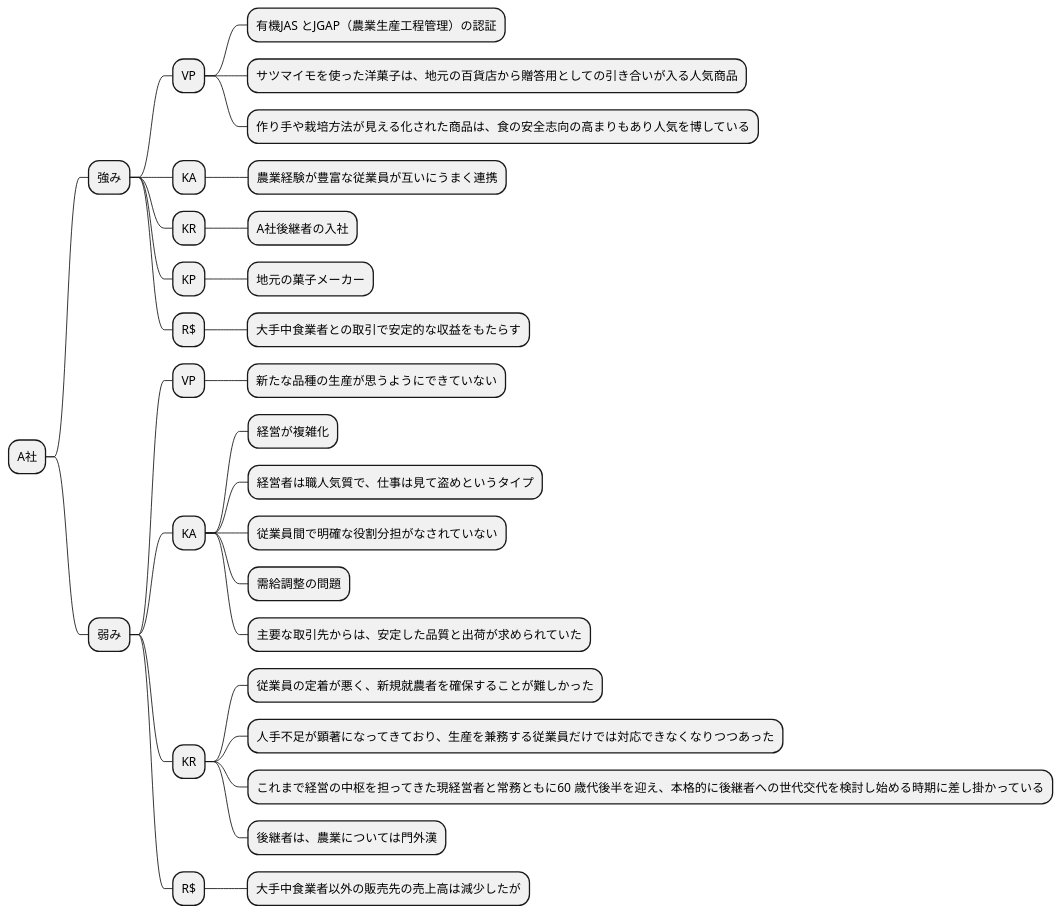
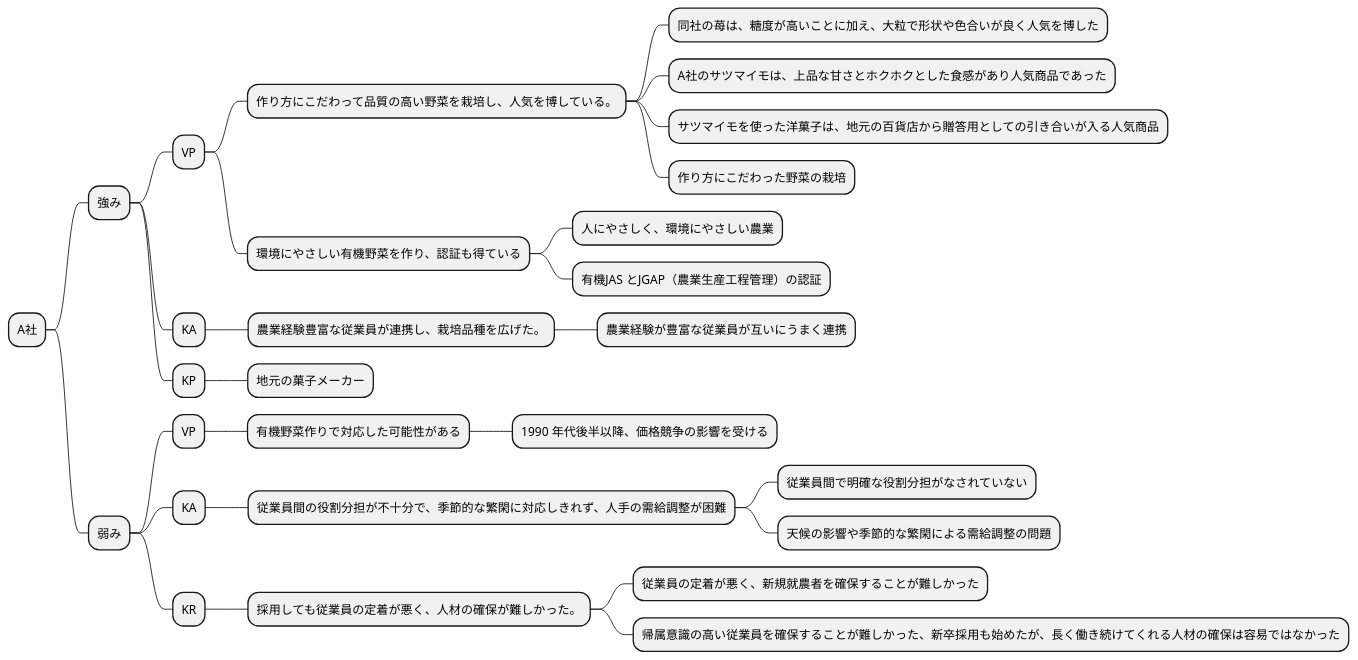
The third of 11 diagrams in docs/R04/study/study_1_take02.md (k2works/requirements_definition_excercise), drawn with PlantUML before and after one commit. The commit also changed other lines of this file, not shown here.

````diff
--- a/docs/R04/study/study_1_take02.md
+++ b/docs/R04/study/study_1_take02.md
@@ -129,37 +133,35 @@
 ```plantuml
 @startmindmap
 
 * A社
 ** 強み
 *** VP
-**** 有機JAS とJGAP（農業生産工程管理）の認証
-**** サツマイモを使った洋菓子は、地元の百貨店から贈答用としての引き合いが入る人気商品
-**** 作り手や栽培方法が見える化された商品は、食の安全志向の高まりもあり人気を博している
+**** 作り方にこだわって品質の高い野菜を栽培し、人気を博している。
+***** 同社の苺は、糖度が高いことに加え、大粒で形状や色合いが良く人気を博した
+***** A社のサツマイモは、上品な甘さとホクホクとした食感があり人気商品であった
+***** サツマイモを使った洋菓子は、地元の百貨店から贈答用としての引き合いが入る人気商品
+***** 作り方にこだわった野菜の栽培
+**** 環境にやさしい有機野菜を作り、認証も得ている
+***** 人にやさしく、環境にやさしい農業
+***** 有機JAS とJGAP（農業生産工程管理）の認証
 *** KA
-**** 農業経験が豊富な従業員が互いにうまく連携
-*** KR
-**** A社後継者の入社
+**** 農業経験豊富な従業員が連携し、栽培品種を広げた。
+***** 農業経験が豊富な従業員が互いにうまく連携
 *** KP
 **** 地元の菓子メーカー
-*** R$
-**** 大手中食業者との取引で安定的な収益をもたらす
 ** 弱み
 *** VP
-**** 新たな品種の生産が思うようにできていない
+**** 有機野菜作りで対応した可能性がある
+***** 1990 年代後半以降、価格競争の影響を受ける
 *** KA
-**** 経営が複雑化
-**** 経営者は職人気質で、仕事は見て盗めというタイプ
-**** 従業員間で明確な役割分担がなされていない
-**** 需給調整の問題
-**** 主要な取引先からは、安定した品質と出荷が求められていた
+**** 従業員間の役割分担が不十分で、季節的な繁閑に対応しきれず、人手の需給調整が困難
+***** 従業員間で明確な役割分担がなされていない
+***** 天候の影響や季節的な繁閑による需給調整の問題
 *** KR
-**** 従業員の定着が悪く、新規就農者を確保することが難しかった
-**** 人手不足が顕著になってきており、生産を兼務する従業員だけでは対応できなくなりつつあった
-**** これまで経営の中枢を担ってきた現経営者と常務ともに60 歳代後半を迎え、本格的に後継者への世代交代を検討し始める時期に差し掛かっている
-**** 後継者は、農業については門外漢
-*** R$
-**** 大手中食業者以外の販売先の売上高は減少したが
+**** 採用しても従業員の定着が悪く、人材の確保が難しかった。
+***** 従業員の定着が悪く、新規就農者を確保することが難しかった
+***** 帰属意識の高い従業員を確保することが難しかった、新卒採用も始めたが、長く働き続けてくれる人材の確保は容易ではなかった
 
 
 @endmindmap
 ```
````
